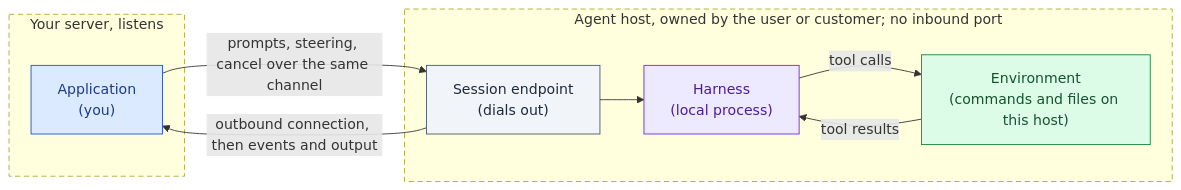
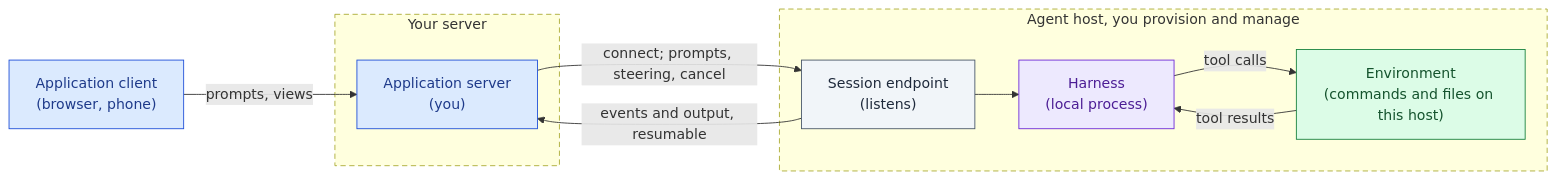
The third of 12 diagrams in docs/design/patterns.md (botiverse/oar), drawn with Mermaid before and after one commit. The commit also changed other lines of this file and 1 other file, not shown here.

First line of the commit message:
docs(design): rewrite deployment patterns around the client and server split

````diff
--- a/docs/design/patterns.md
+++ b/docs/design/patterns.md
@@ -255,22 +311,24 @@
 ```mermaid
 flowchart LR
-  subgraph app["Your server, listens"]
-    App["Application<br/>(you)"]:::app
+  Client["Application client<br/>(browser, phone)"]:::app
+  subgraph server["Your server"]
+    App["Application server<br/>(you)"]:::app
   end
-  subgraph agenthost["Agent host, owned by the user or customer; no inbound port"]
-    Front["Session endpoint<br/>(dials out)"]:::front
+  subgraph agenthost["Agent host, you provision and manage"]
+    Front["Session endpoint<br/>(listens)"]:::front
     Harness["Harness<br/>(local process)"]:::harness
     Env["Environment<br/>(commands and files on this host)"]:::env
   end
-  Front -- "outbound connection, then events and output" --> App
-  App -- "prompts, steering, cancel over the same channel" --> Front
+  Client -- "prompts, views" --> App
+  App -- "connect; prompts, steering, cancel" --> Front
+  Front -- "events and output, resumable" --> App
   Front --> Harness
   Harness -- "tool calls" --> Env
   Env -- "tool results" --> Harness
-  style app stroke-dasharray: 6 4
+  style server stroke-dasharray: 6 4
   style agenthost stroke-dasharray: 6 4
   classDef app fill:#dbeafe,stroke:#1d4ed8,color:#1e3a8a
   classDef harness fill:#ede9fe,stroke:#6d28d9,color:#4c1d95
   classDef env fill:#dcfce7,stroke:#15803d,color:#14532d
   classDef front fill:#f1f5f9,stroke:#475569,color:#1e293b
 ```
````
